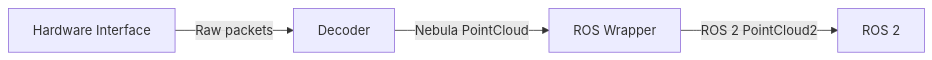
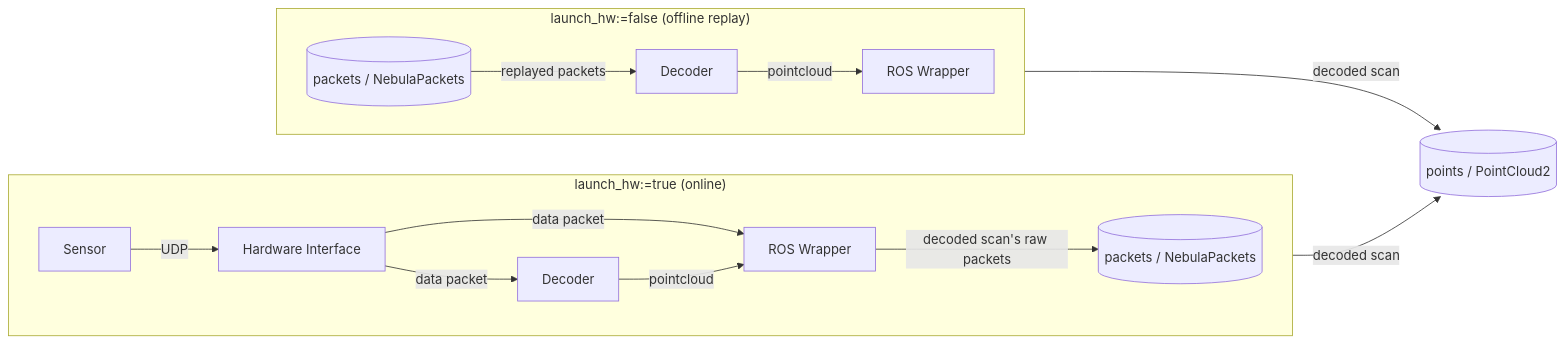
Before and after one commit to tier4/nebula: the second of 2 diagrams in docs/integration_guide.md, drawn with Mermaid. The commit also changed other lines of this file and 2 other files, not shown here.

Commit message:
feat: update topic names for point cloud and packet publishing in SampleRosWrapper

````diff
--- a/docs/integration_guide.md
+++ b/docs/integration_guide.md
@@ -62,6 +60,35 @@
 ```mermaid
 flowchart LR
-    HW[Hardware Interface] -->| Raw packets | DC[Decoder]
-    DC -->| Nebula PointCloud | RW[ROS Wrapper]
-    RW -->| ROS 2 PointCloud2 | ROS[ROS 2]
+
+    subgraph Online["launch_hw:=true (online)"]
+      direction LR
+
+      S[Sensor]
+      HW[Hardware Interface]
+      DC[Decoder]
+      RW[ROS Wrapper]
+      PKT[(packets / NebulaPackets)]
+
+      S-->|UDP| HW
+      HW -->|data packet| DC
+      HW -->|data packet| RW
+      DC -->|pointcloud| RW
+      RW -->|decoded scan's raw packets| PKT[(packets / NebulaPackets)]
+    end
+
+    subgraph Offline["launch_hw:=false (offline replay)"]
+      direction LR
+
+      PKT2[(packets / NebulaPackets)]
+      DC2[Decoder]
+      RW2[ROS Wrapper]
+
+      PKT2 -->|replayed packets| DC2
+      DC2 -->|pointcloud| RW2
+    end
+
+    PTS[(points / PointCloud2)]
+
+    RW -->|decoded scan| PTS
+    RW2 -->|decoded scan| PTS
 ```
````
